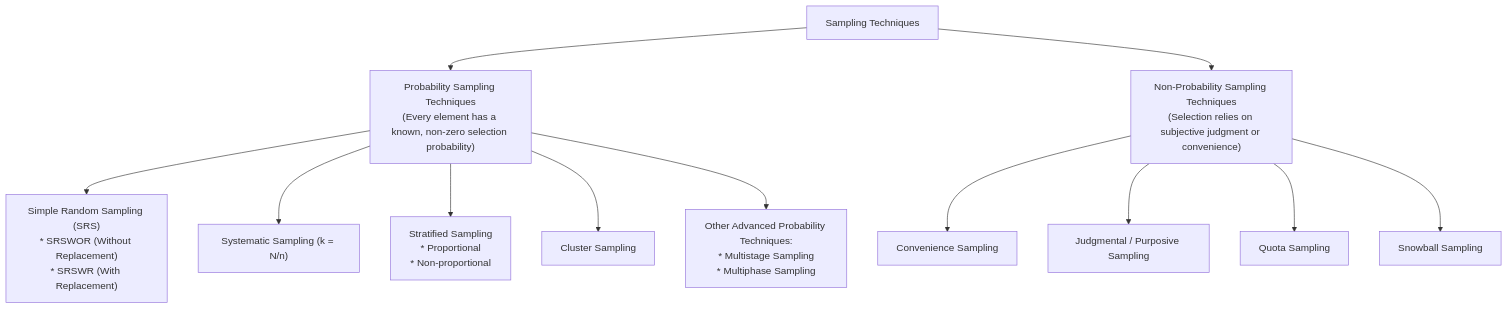
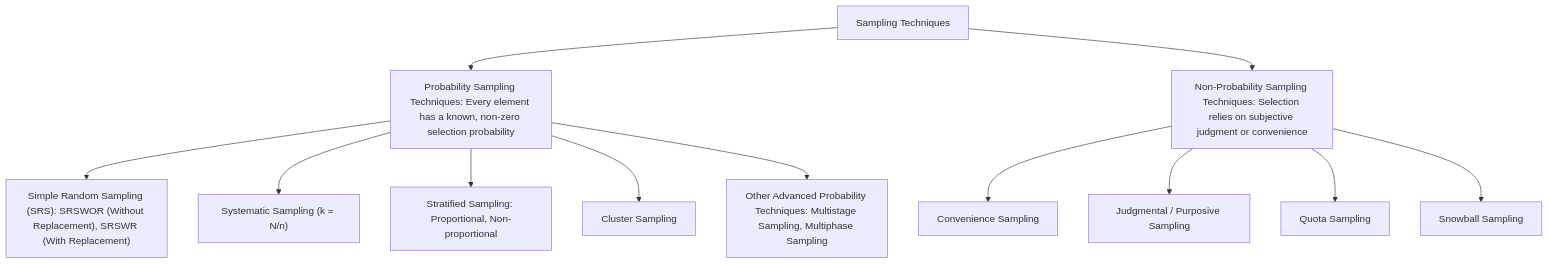
Before and after one commit to DeepLumiere/DeepSkills: the ninth of 21 diagrams in notes/data_analysis/Unit_4_notes.md, drawn with Mermaid. The commit also changed other lines of this file and 56 other files, not shown here.

````diff
--- a/notes/data_analysis/Unit_4_notes.md
+++ b/notes/data_analysis/Unit_4_notes.md
@@ -536,18 +536,18 @@
 ```mermaid
 flowchart TD
     ALL["Sampling Techniques"]
 
-    ALL --> PROB["Probability Sampling Techniques<br/>(Every element has a known, non-zero selection probability)"]
-    ALL --> NONPROB["Non-Probability Sampling Techniques<br/>(Selection relies on subjective judgment or convenience)"]
+    ALL --> PROB["Probability Sampling Techniques: Every element has a known, non-zero selection probability"]
+    ALL --> NONPROB["Non-Probability Sampling Techniques: Selection relies on subjective judgment or convenience"]
 
-    PROB --> P1["Simple Random Sampling (SRS)<br/>* SRSWOR (Without Replacement)<br/>* SRSWR (With Replacement)"]
+    PROB --> P1["Simple Random Sampling (SRS): SRSWOR (Without Replacement), SRSWR (With Replacement)"]
     PROB --> P2["Systematic Sampling (k = N/n)"]
-    PROB --> P3["Stratified Sampling<br/>* Proportional<br/>* Non-proportional"]
+    PROB --> P3["Stratified Sampling: Proportional, Non-proportional"]
     PROB --> P4["Cluster Sampling"]
-    PROB --> P5["Other Advanced Probability Techniques:<br/>* Multistage Sampling<br/>* Multiphase Sampling"]
+    PROB --> P5["Other Advanced Probability Techniques: Multistage Sampling, Multiphase Sampling"]
 
     NONPROB --> NP1["Convenience Sampling"]
     NONPROB --> NP2["Judgmental / Purposive Sampling"]
     NONPROB --> NP3["Quota Sampling"]
     NONPROB --> NP4["Snowball Sampling"]
 ```
````
